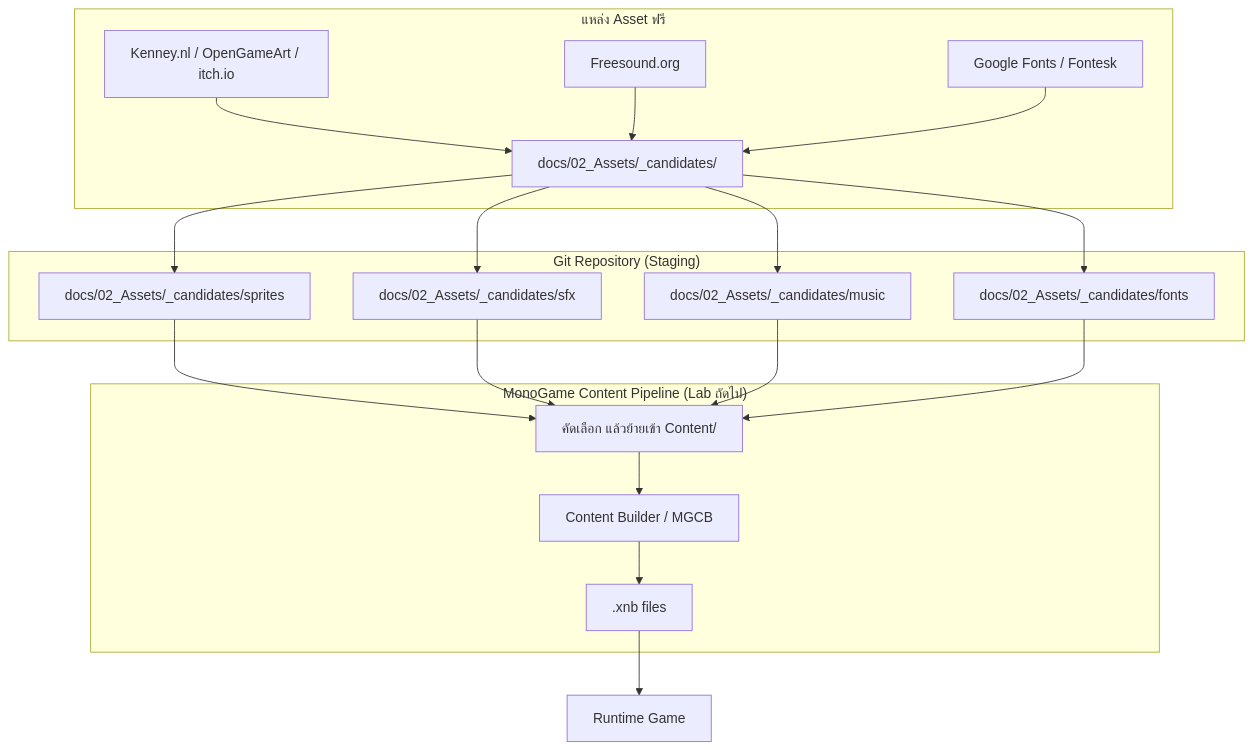
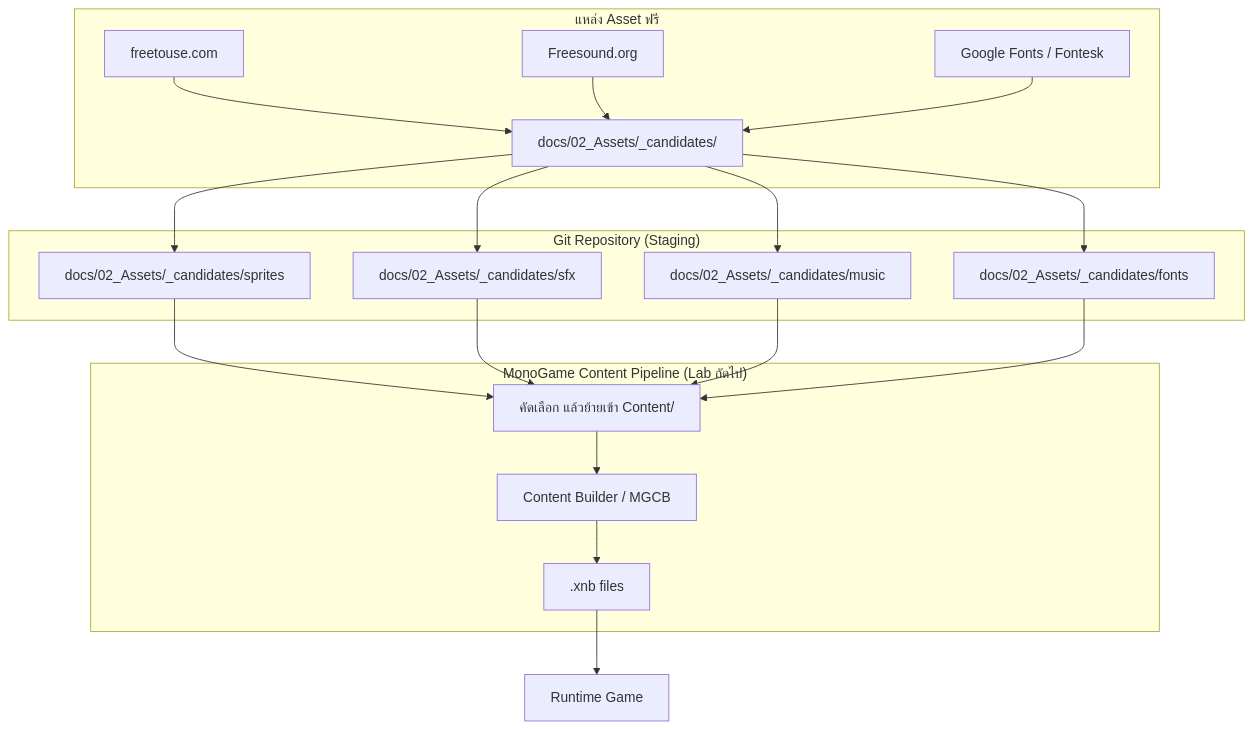
Before and after one commit to Sambopukkazz/DG225_CoreX: the diagram in 05-asset-list-pipeline-flow.md, drawn with Mermaid.

````diff
--- a/05-asset-list-pipeline-flow.md
+++ b/05-asset-list-pipeline-flow.md
@@ -3,26 +3,26 @@
 ```mermaid
 flowchart TD
     subgraph SOURCES["แหล่ง Asset ฟรี"]
-        K1[Kenney.nl / OpenGameArt / itch.io] --> C1[docs/02_Assets/_candidates/]
+        K1[freetouse.com] --> C1[docs/02_Assets/_candidates/]
         K2[Freesound.org] --> C1
         K3[Google Fonts / Fontesk] --> C1
     end
 
     subgraph REPO["Git Repository (Staging)"]
         C1 --> R1[docs/02_Assets/_candidates/sprites]
         C1 --> R2[docs/02_Assets/_candidates/sfx]
         C1 --> R3[docs/02_Assets/_candidates/music]
         C1 --> R4[docs/02_Assets/_candidates/fonts]
     end
 
     subgraph PIPELINE["MonoGame Content Pipeline (Lab ถัดไป)"]
         R1 --> CP[คัดเลือก แล้วย้ายเข้า Content/]
         R2 --> CP
         R3 --> CP
         R4 --> CP
         CP --> P1[Content Builder / MGCB]
         P1 --> XNB[.xnb files]
     end
 
     XNB --> GAME[Runtime Game]
 ```
````
